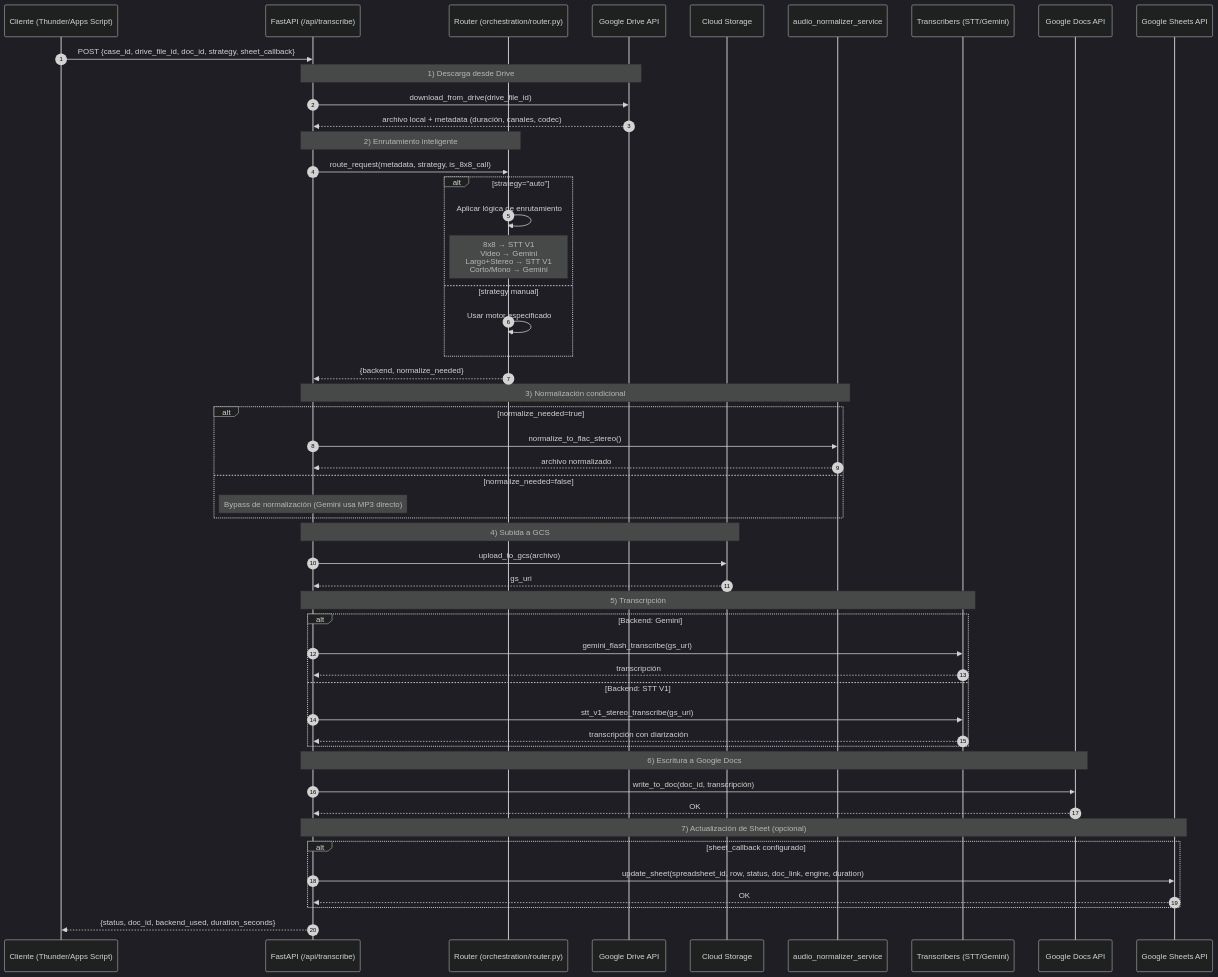
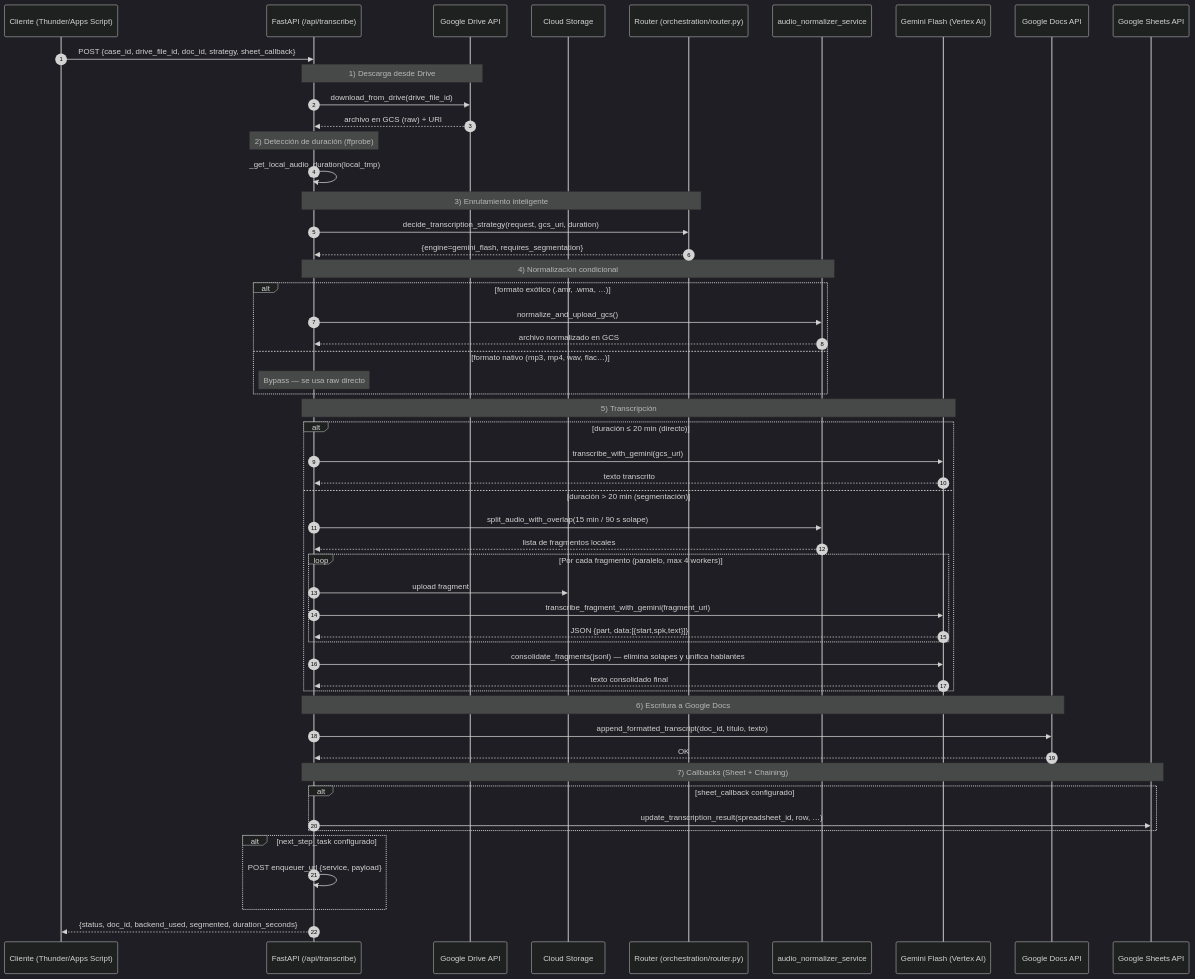
The diagram in README.md (orteginsky/transcripciones), drawn with Mermaid (dark theme) before and after one commit. The commit also changed other lines of this file and 8 other files, not shown here.

````diff
--- a/README.md
+++ b/README.md
@@ -58,62 +68,64 @@
 ```mermaid
 sequenceDiagram
     autonumber
     participant U as Cliente (Thunder/Apps Script)
     participant API as FastAPI (/api/transcribe)
-    participant RT as Router (orchestration/router.py)
     participant DR as Google Drive API
     participant GCS as Cloud Storage
+    participant RT as Router (orchestration/router.py)
     participant AU as audio_normalizer_service
-    participant TR as Transcribers (STT/Gemini)
+    participant GEM as Gemini Flash (Vertex AI)
     participant GD as Google Docs API
     participant SH as Google Sheets API
 
     U->>API: POST {case_id, drive_file_id, doc_id, strategy, sheet_callback}
 
     Note over API,DR: 1) Descarga desde Drive
     API->>DR: download_from_drive(drive_file_id)
-    DR-->>API: archivo local + metadata (duración, canales, codec)
+    DR-->>API: archivo en GCS (raw) + URI
 
-    Note over API,RT: 2) Enrutamiento inteligente
-    API->>RT: route_request(metadata, strategy, is_8x8_call)
-    alt strategy="auto"
-        RT->>RT: Aplicar lógica de enrutamiento
-        Note over RT: 8x8 → STT V1<br/>Video → Gemini<br/>Largo+Stereo → STT V1<br/>Corto/Mono → Gemini
-    else strategy manual
-        RT->>RT: Usar motor especificado
-    end
-    RT-->>API: {backend, normalize_needed}
+    Note over API: 2) Detección de duración (ffprobe)
+    API->>API: _get_local_audio_duration(local_tmp)
 
-    Note over API,AU: 3) Normalización condicional
-    alt normalize_needed=true
-        API->>AU: normalize_to_flac_stereo()
-        AU-->>API: archivo normalizado
-    else normalize_needed=false
-        Note over API: Bypass de normalización (Gemini usa MP3 directo)
+    Note over API,RT: 3) Enrutamiento inteligente
+    API->>RT: decide_transcription_strategy(request, gcs_uri, duration)
+    RT-->>API: {engine=gemini_flash, requires_segmentation}
+
+    Note over API,AU: 4) Normalización condicional
+    alt formato exótico (.amr, .wma, …)
+        API->>AU: normalize_and_upload_gcs()
+        AU-->>API: archivo normalizado en GCS
+    else formato nativo (mp3, mp4, wav, flac…)
+        Note over API: Bypass — se usa raw directo
     end
 
-    Note over API,GCS: 4) Subida a GCS
-    API->>GCS: upload_to_gcs(archivo)
-    GCS-->>API: gs_uri
-
-    Note over API,TR: 5) Transcripción
-    alt Backend: Gemini
-        API->>TR: gemini_flash_transcribe(gs_uri)
-        TR-->>API: transcripción
-    else Backend: STT V1
-        API->>TR: stt_v1_stereo_transcribe(gs_uri)
-        TR-->>API: transcripción con diarización
+    Note over API,GEM: 5) Transcripción
+    alt duración ≤ 20 min (directo)
+        API->>GEM: transcribe_with_gemini(gcs_uri)
+        GEM-->>API: texto transcrito
+    else duración > 20 min (segmentación)
+        API->>AU: split_audio_with_overlap(15 min / 90 s solape)
+        AU-->>API: lista de fragmentos locales
+        loop Por cada fragmento (paralelo, max 4 workers)
+            API->>GCS: upload fragment
+            API->>GEM: transcribe_fragment_with_gemini(fragment_uri)
+            GEM-->>API: JSON {part, data:[{start,spk,text}]}
+        end
+        API->>GEM: consolidate_fragments(jsonl) — elimina solapes y unifica hablantes
+        GEM-->>API: texto consolidado final
     end
 
     Note over API,GD: 6) Escritura a Google Docs
-    API->>GD: write_to_doc(doc_id, transcripción)
+    API->>GD: append_formatted_transcript(doc_id, título, texto)
     GD-->>API: OK
 
-    Note over API,SH: 7) Actualización de Sheet (opcional)
+    Note over API,SH: 7) Callbacks (Sheet + Chaining)
     alt sheet_callback configurado
-        API->>SH: update_sheet(spreadsheet_id, row, status, doc_link, engine, duration)
-        SH-->>API: OK
+        API->>SH: update_transcription_result(spreadsheet_id, row, …)
+    end
+    alt next_step_task configurado
+        API->>API: POST enqueuer_url {service, payload}
     end
 
-    API-->>U: {status, doc_id, backend_used, duration_seconds}
+    API-->>U: {status, doc_id, backend_used, segmented, duration_seconds}
 ```
````
